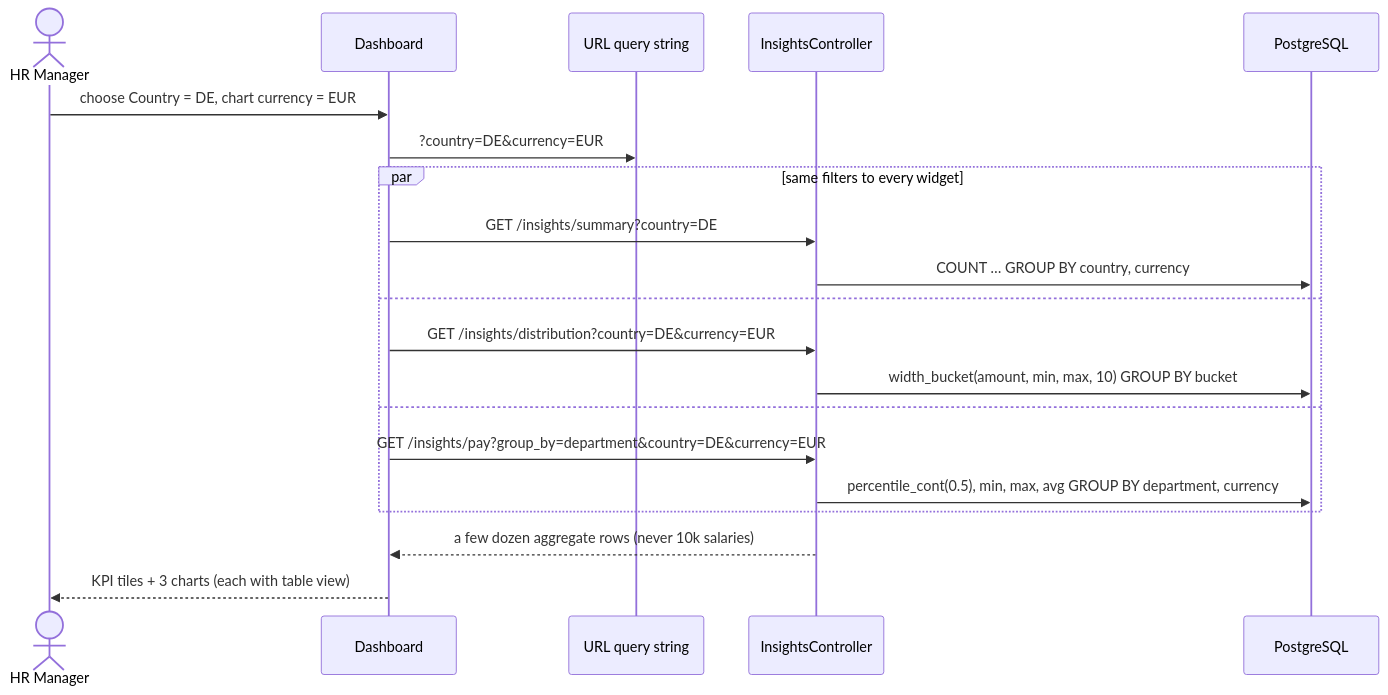
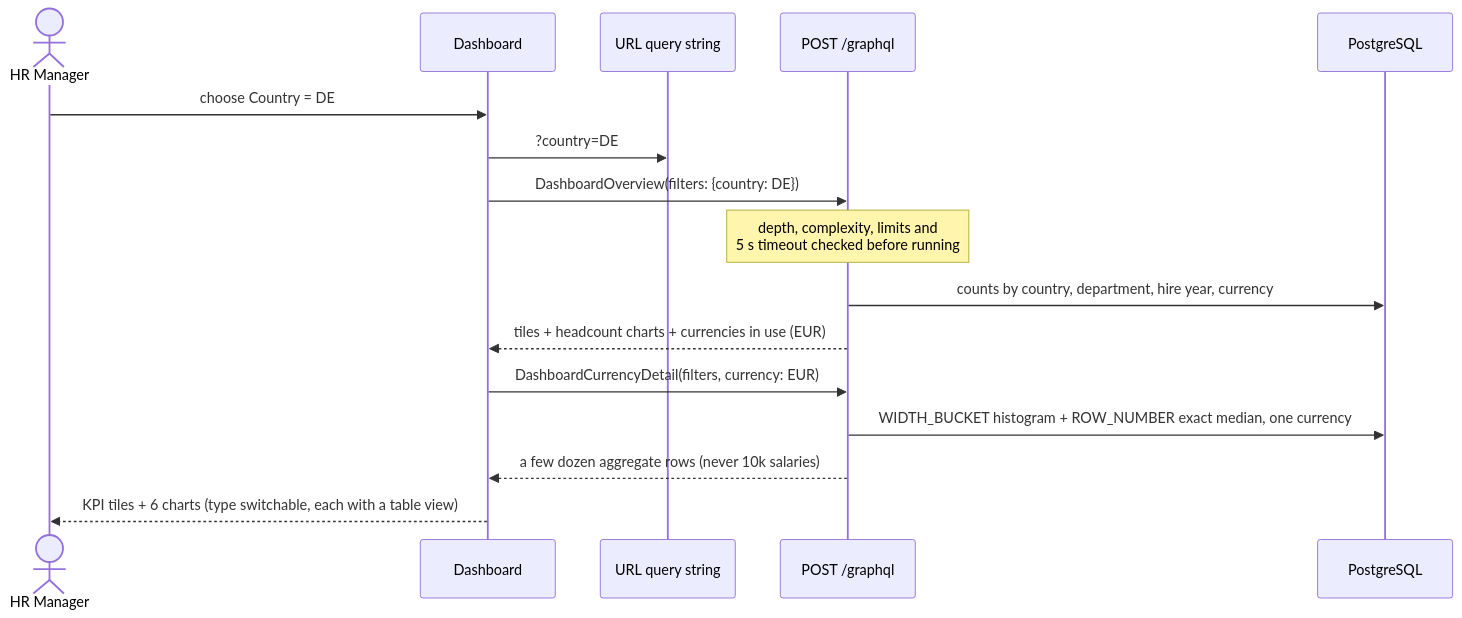
One commit to sravan44/salary-dashboard changed the seventh of 9 diagrams in docs/architecture-diagrams.md. Above: the diagram before and after it, drawn with Mermaid. The commit also changed other lines of this file and 92 other files, not shown here.

First line of the commit message:
M6: pay dashboard over GraphQL with Highcharts

````diff
--- a/docs/architecture-diagrams.md
+++ b/docs/architecture-diagrams.md
@@ -168,22 +171,18 @@
 ```mermaid
 sequenceDiagram
   actor HR as HR Manager
   participant UI as Dashboard
   participant URL as URL query string
-  participant API as InsightsController
+  participant API as POST /graphql
   participant DB as PostgreSQL
-  HR->>UI: choose Country = DE, chart currency = EUR
-  UI->>URL: ?country=DE&currency=EUR
-  par same filters to every widget
-    UI->>API: GET /insights/summary?country=DE
-    API->>DB: COUNT … GROUP BY country, currency
-  and
-    UI->>API: GET /insights/distribution?country=DE&currency=EUR
-    API->>DB: width_bucket(amount, min, max, 10) GROUP BY bucket
-  and
-    UI->>API: GET /insights/pay?group_by=department&country=DE&currency=EUR
-    API->>DB: percentile_cont(0.5), min, max, avg GROUP BY department, currency
-  end
+  HR->>UI: choose Country = DE
+  UI->>URL: ?country=DE
+  UI->>API: DashboardOverview(filters: {country: DE})
+  Note over API: depth, complexity, limits and<br/>5 s timeout checked before running
+  API->>DB: counts by country, department, hire year, currency
+  API-->>UI: tiles + headcount charts + currencies in use (EUR)
+  UI->>API: DashboardCurrencyDetail(filters, currency: EUR)
+  API->>DB: WIDTH_BUCKET histogram + ROW_NUMBER exact median, one currency
   API-->>UI: a few dozen aggregate rows (never 10k salaries)
-  UI-->>HR: KPI tiles + 3 charts (each with table view)
+  UI-->>HR: KPI tiles + 6 charts (type switchable, each with a table view)
 ```
````
